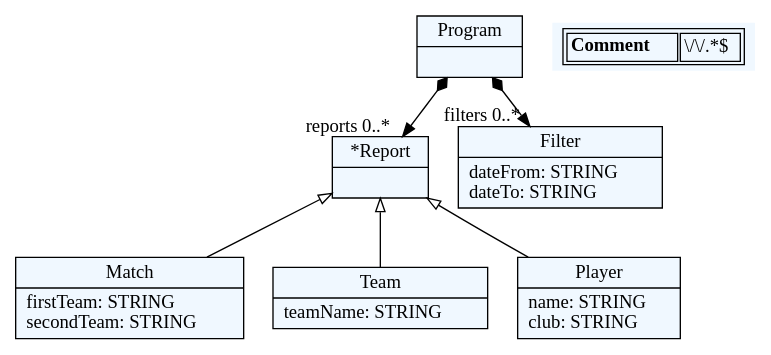
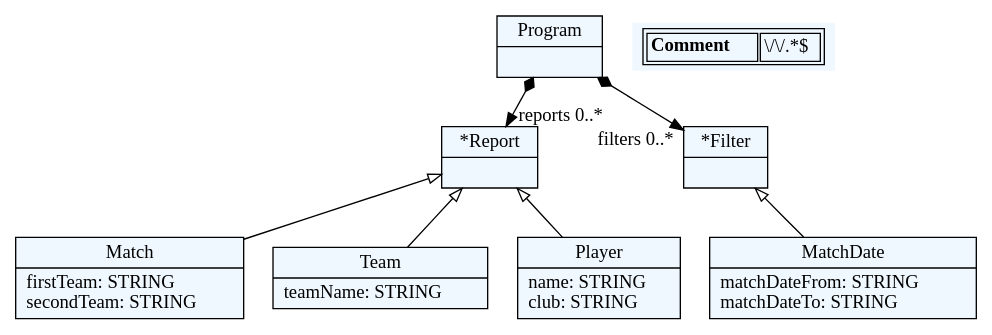
The diagram in match_reporter/reporter_jsd/generated_files/dot_files/reporter.dot (Ana00000/JSD), drawn with Graphviz before and after one commit. The commit also changed 9 other files, not shown here.

Commit message:
filter by date interval fully implemented

```diff
--- a/match_reporter/reporter_jsd/generated_files/dot_files/reporter.dot
+++ b/match_reporter/reporter_jsd/generated_files/dot_files/reporter.dot
@@ -1,40 +1,43 @@
 
     digraph textX {
     fontname = "Bitstream Vera Sans"
     fontsize = 8
     node[
         shape=record,
         style=filled,
         fillcolor=aliceblue
     ]
     nodesep = 0.3
     edge[dir=black,arrowtail=empty]
 
 
-140611156576048[ label="{Program|}"]
+140429443434736[ label="{Program|}"]
 
-140611156579456[ label="{*Report|}"]
+140429443438144[ label="{*Report|}"]
 
-140611156582864[ label="{Match|firstTeam: STRING\lsecondTeam: STRING\l}"]
+140429443441552[ label="{Match|firstTeam: STRING\lsecondTeam: STRING\l}"]
 
-140611156586272[ label="{Team|teamName: STRING\l}"]
+140429443444960[ label="{Team|teamName: STRING\l}"]
 
-140611156589680[ label="{Player|name: STRING\lclub: STRING\l}"]
+140429443448368[ label="{Player|name: STRING\lclub: STRING\l}"]
 
-140611156593088[ label="{Filter|dateFrom: STRING\ldateTo: STRING\l}"]
+140429443451776[ label="{*Filter|}"]
+
+140429443455184[ label="{MatchDate|matchDateFrom: STRING\lmatchDateTo: STRING\l}"]
 
 
 
-140611156576048 -> 140611156579456[arrowtail=diamond, dir=both, headlabel="reports 0..*"]
-140611156576048 -> 140611156593088[arrowtail=diamond, dir=both, headlabel="filters 0..*"]
-140611156579456 -> 140611156582864 [dir=back]
-140611156579456 -> 140611156586272 [dir=back]
-140611156579456 -> 140611156589680 [dir=back]
+140429443434736 -> 140429443438144[arrowtail=diamond, dir=both, headlabel="reports 0..*"]
+140429443434736 -> 140429443451776[arrowtail=diamond, dir=both, headlabel="filters 0..*"]
+140429443438144 -> 140429443441552 [dir=back]
+140429443438144 -> 140429443444960 [dir=back]
+140429443438144 -> 140429443448368 [dir=back]
+140429443451776 -> 140429443455184 [dir=back]
 match_rules [ shape=plaintext, label=< <table>
 	<tr>
 		<td><b>Comment</b></td><td>\/\/.*$</td>
 	</tr>
 </table> >]
 
 
 }
```
